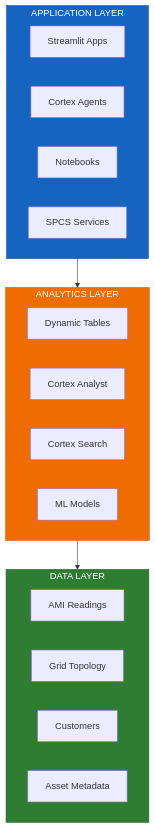
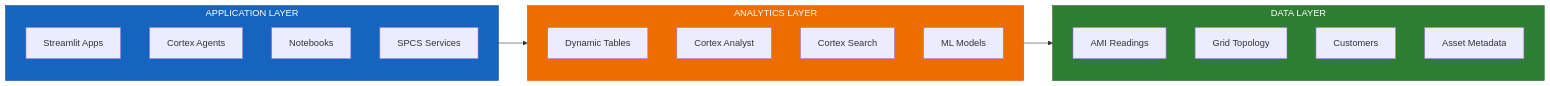
One commit to sfc-gh-abannerjee/flux-utility-solutions changed the diagram in README.md. Above: the diagram before and after it, drawn with Mermaid. The commit also changed 1 other file, not shown here.

Commit message:
Change architecture diagrams to left-to-right orientation
Update Mermaid diagrams from flowchart TB (top-to-bottom) to flowchart LR
(left-to-right) for better horizontal flow visualization. Removed redundant
direction LR declarations from subgraphs.

.... Generated with [Cortex Code](https://docs.snowflake.com/user-guide/snowflake-cortex/cortex-agents)

````diff
--- a/README.md
+++ b/README.md
@@ -54,32 +54,29 @@
 ```mermaid
-flowchart TB
+flowchart LR
     subgraph APP["APPLICATION LAYER"]
-        direction LR
         A1["Streamlit Apps"]
         A2["Cortex Agents"]
         A3["Notebooks"]
         A4["SPCS Services"]
     end
     
     subgraph ANALYTICS["ANALYTICS LAYER"]
-        direction LR
         B1["Dynamic Tables"]
         B2["Cortex Analyst"]
         B3["Cortex Search"]
         B4["ML Models"]
     end
     
     subgraph DATA["DATA LAYER"]
-        direction LR
         C1["AMI Readings"]
         C2["Grid Topology"]
         C3["Customers"]
         C4["Asset Metadata"]
     end
     
     APP --> ANALYTICS --> DATA
     
     style APP fill:#1565c0,color:#fff,stroke:#0d47a1
     style ANALYTICS fill:#ef6c00,color:#fff,stroke:#e65100
     style DATA fill:#2e7d32,color:#fff,stroke:#1b5e20
 ```
````
